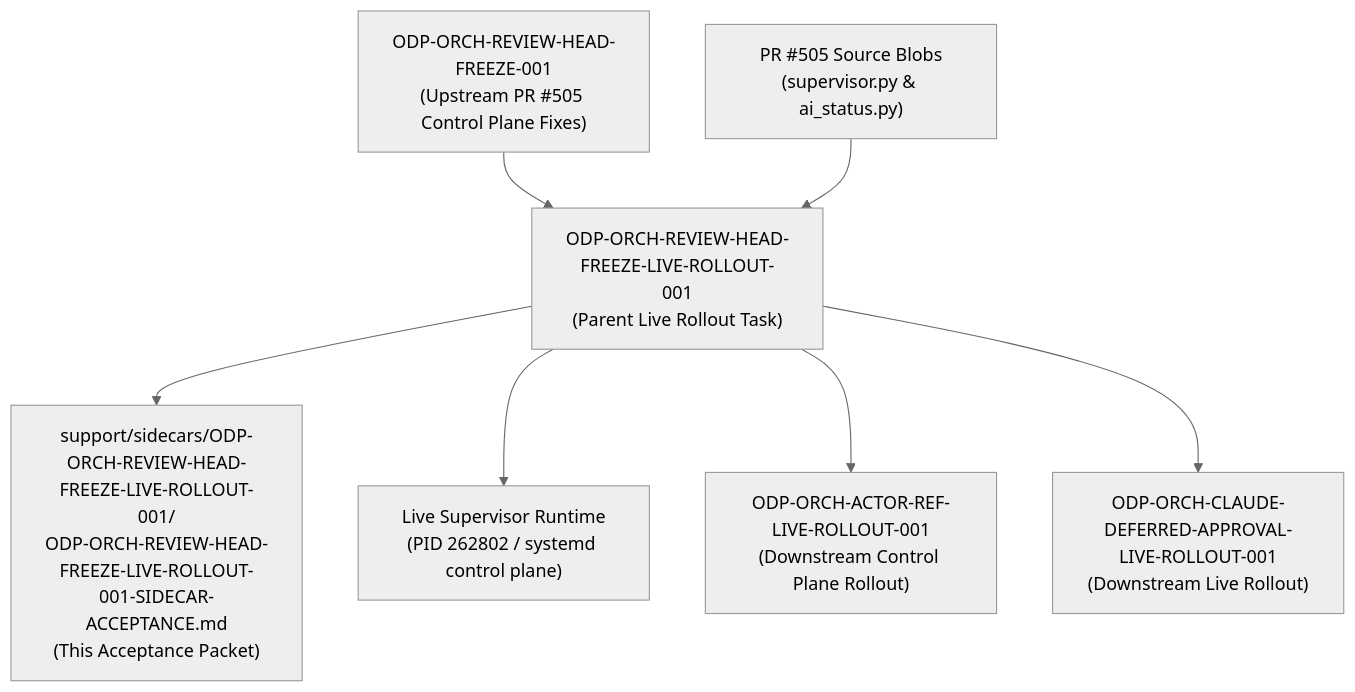
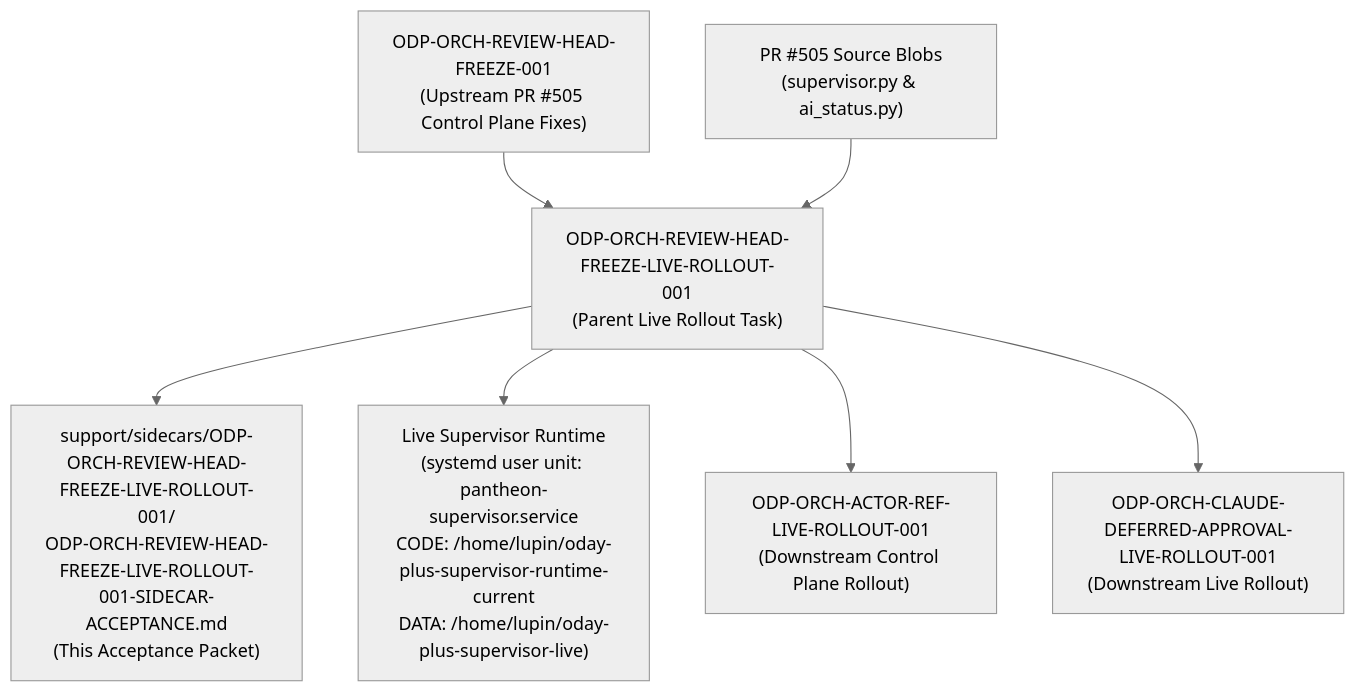
One commit to alfloop-dev/odayplus changed the diagram in support/sidecars/ODP-ORCH-REVIEW-HEAD-FREEZE-LIVE-ROLLOUT-001/ODP-ORCH-REVIEW-HEAD-FREEZE-LIVE-ROLLOUT-001-SIDECAR-ACCEPTANCE.md. Above: the diagram before and after it, drawn with Mermaid (neutral theme). The commit also changed other lines of this file, not shown here.

First line of the commit message:
ODP-ORCH-REVIEW-HEAD-FREEZE-LIVE-ROLLOUT-001-SIDECAR-ACCEPTANCE: fix

````diff
--- a/support/sidecars/ODP-ORCH-REVIEW-HEAD-FREEZE-LIVE-ROLLOUT-001/ODP-ORCH-REVIEW-HEAD-FREEZE-LIVE-ROLLOUT-001-SIDECAR-ACCEPTANCE.md
+++ b/support/sidecars/ODP-ORCH-REVIEW-HEAD-FREEZE-LIVE-ROLLOUT-001/ODP-ORCH-REVIEW-HEAD-FREEZE-LIVE-ROLLOUT-001-SIDECAR-ACCEPTANCE.md
@@ -45,9 +45,9 @@
 ```mermaid
 graph TD
     A["ODP-ORCH-REVIEW-HEAD-FREEZE-001<br/>(Upstream PR #505 Control Plane Fixes)"] --> B["ODP-ORCH-REVIEW-HEAD-FREEZE-LIVE-ROLLOUT-001<br/>(Parent Live Rollout Task)"]
     C["PR #505 Source Blobs<br/>(supervisor.py & ai_status.py)"] --> B
     B --> D["support/sidecars/ODP-ORCH-REVIEW-HEAD-FREEZE-LIVE-ROLLOUT-001/<br/>ODP-ORCH-REVIEW-HEAD-FREEZE-LIVE-ROLLOUT-001-SIDECAR-ACCEPTANCE.md<br/>(This Acceptance Packet)"]
-    B --> E["Live Supervisor Runtime<br/>(PID 262802 / systemd control plane)"]
+    B --> E["Live Supervisor Runtime<br/>(systemd user unit: pantheon-supervisor.service<br/>CODE: /home/lupin/oday-plus-supervisor-runtime-current<br/>DATA: /home/lupin/oday-plus-supervisor-live)"]
     B --> F["ODP-ORCH-ACTOR-REF-LIVE-ROLLOUT-001<br/>(Downstream Control Plane Rollout)"]
     B --> G["ODP-ORCH-CLAUDE-DEFERRED-APPROVAL-LIVE-ROLLOUT-001<br/>(Downstream Live Rollout)"]
 ```
````
